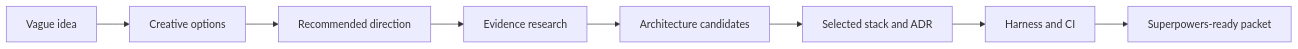
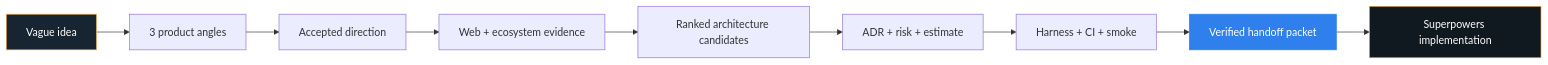
Before and after one commit to Haozhenyu123/project-forge: the diagram in README.md, drawn with Mermaid. The commit also changed other lines of this file, not shown here.

````diff
--- a/README.md
+++ b/README.md
@@ -26,10 +60,15 @@
 ```mermaid
 flowchart LR
-    A[Vague idea] --> B[Creative options]
-    B --> C[Recommended direction]
-    C --> D[Evidence research]
-    D --> E[Architecture candidates]
-    E --> F[Selected stack and ADR]
-    F --> G[Harness and CI]
-    G --> H[Superpowers-ready packet]
+    A["Vague idea"] --> B["3 product angles"]
+    B --> C["Accepted direction"]
+    C --> D["Web + ecosystem evidence"]
+    D --> E["Ranked architecture candidates"]
+    E --> F["ADR + risk + estimate"]
+    F --> G["Harness + CI + smoke"]
+    G --> H["Verified handoff packet"]
+    H --> I["Superpowers implementation"]
+
+    style A fill:#172532,color:#fff,stroke:#f2aa4c
+    style H fill:#2f80ed,color:#fff,stroke:#2f80ed
+    style I fill:#101820,color:#fff,stroke:#f2aa4c
 ```
````
